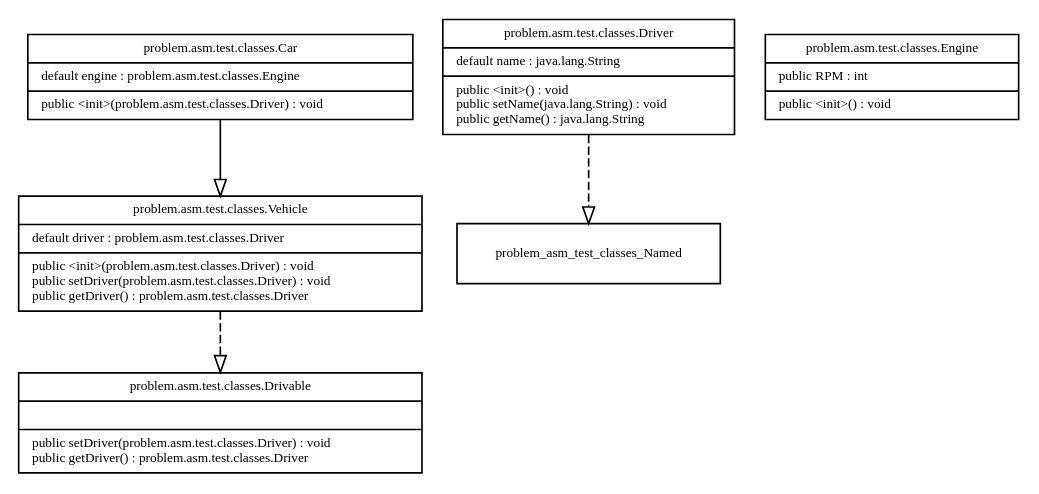
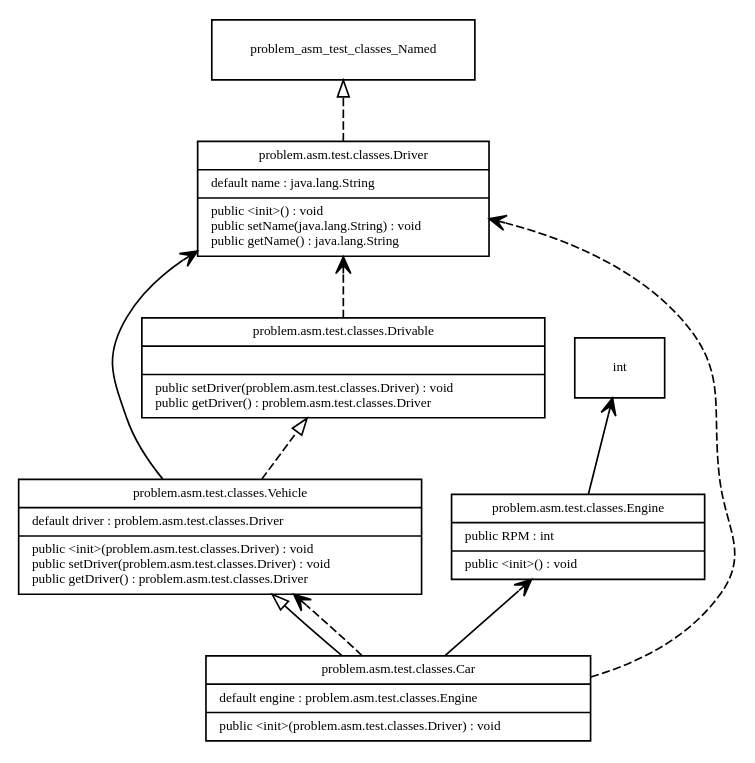
One commit to Whirligig231/asm-analyzer changed the diagram in AsmAnalyzer/testExpectedOutputs/test3.dot. Above: the diagram before and after it, drawn with Graphviz. The commit also changed 4 other files, not shown here.

Commit message:
Updated tests to milestone 2, added PizzaFactory generated UML

```diff
--- a/AsmAnalyzer/testExpectedOutputs/test3.dot
+++ b/AsmAnalyzer/testExpectedOutputs/test3.dot
@@ -1,42 +1,70 @@
 digraph G {
+rankdir=BT;
+
 node [
 fontname = "Bitstream Vera Sans"
 fontsize = 8
 shape = "record"
 ]
 edge [
 fontname = "Bitstream Vera Sans"
 fontsize = 8
 ]
 
 problem_asm_test_classes_Car [
 	label = "{problem.asm.test.classes.Car|default engine : problem.asm.test.classes.Engine\l|public \<init\>(problem.asm.test.classes.Driver) : void\l}"
 ]
 edge [
 	arrowhead = "empty"
 	style = "solid"
 ]
 problem_asm_test_classes_Car -> problem_asm_test_classes_Vehicle
+edge [
+	arrowhead = "vee"
+	style = "solid"
+]
+problem_asm_test_classes_Car -> problem_asm_test_classes_Engine
+edge [
+	arrowhead = "vee"
+	style = "dashed"
+]
+problem_asm_test_classes_Car -> problem_asm_test_classes_Driver
+problem_asm_test_classes_Car -> problem_asm_test_classes_Vehicle
 problem_asm_test_classes_Drivable [
 	label = "{problem.asm.test.classes.Drivable||public setDriver(problem.asm.test.classes.Driver) : void\lpublic getDriver() : problem.asm.test.classes.Driver\l}"
 ]
+edge [
+	arrowhead = "vee"
+	style = "dashed"
+]
+problem_asm_test_classes_Drivable -> problem_asm_test_classes_Driver
 problem_asm_test_classes_Driver [
 	label = "{problem.asm.test.classes.Driver|default name : java.lang.String\l|public \<init\>() : void\lpublic setName(java.lang.String) : void\lpublic getName() : java.lang.String\l}"
 ]
 edge [
 	arrowhead = "empty"
 	style = "dashed"
 ]
 problem_asm_test_classes_Driver -> problem_asm_test_classes_Named
 problem_asm_test_classes_Engine [
 	label = "{problem.asm.test.classes.Engine|public RPM : int\l|public \<init\>() : void\l}"
 ]
+edge [
+	arrowhead = "vee"
+	style = "solid"
+]
+problem_asm_test_classes_Engine -> int
 problem_asm_test_classes_Vehicle [
 	label = "{problem.asm.test.classes.Vehicle|default driver : problem.asm.test.classes.Driver\l|public \<init\>(problem.asm.test.classes.Driver) : void\lpublic setDriver(problem.asm.test.classes.Driver) : void\lpublic getDriver() : problem.asm.test.classes.Driver\l}"
 ]
 edge [
 	arrowhead = "empty"
 	style = "dashed"
 ]
 problem_asm_test_classes_Vehicle -> problem_asm_test_classes_Drivable
+edge [
+	arrowhead = "vee"
+	style = "solid"
+]
+problem_asm_test_classes_Vehicle -> problem_asm_test_classes_Driver
 }
```
